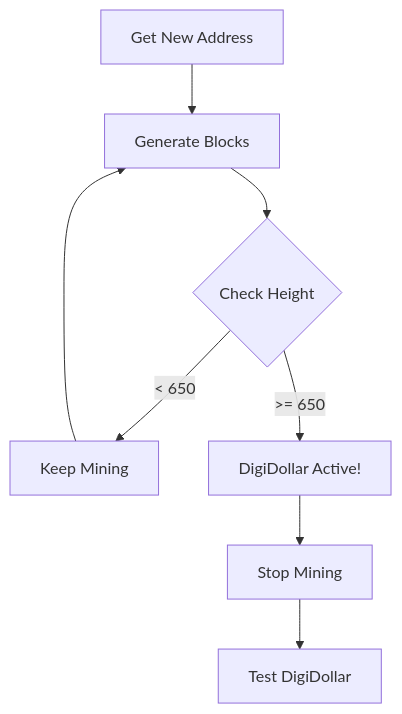
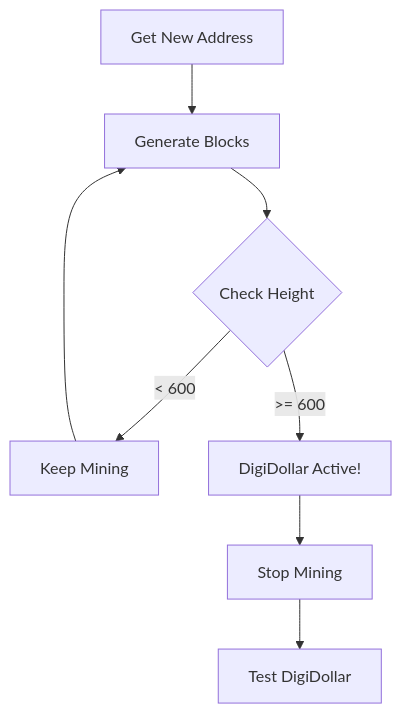
The fifth of 12 diagrams in digidollar/DIGIDOLLAR_TESTNET_BEGINNERS_GUIDE.md (JohnnyLawDGB/digibyte), drawn with Mermaid before and after one commit. The commit also changed other lines of this file and 3 other files, not shown here.

````diff
--- a/digidollar/DIGIDOLLAR_TESTNET_BEGINNERS_GUIDE.md
+++ b/digidollar/DIGIDOLLAR_TESTNET_BEGINNERS_GUIDE.md
@@ -694,10 +694,10 @@
 ```mermaid
 graph TD
     A[Get New Address] --> B[Generate Blocks]
     B --> C{Check Height}
-    C -->|< 650| D[Keep Mining]
-    C -->|>= 650| E[DigiDollar Active!]
+    C -->|< 600| D[Keep Mining]
+    C -->|>= 600| E[DigiDollar Active!]
     D --> B
     E --> F[Stop Mining]
     F --> G[Test DigiDollar]
 ```
````
